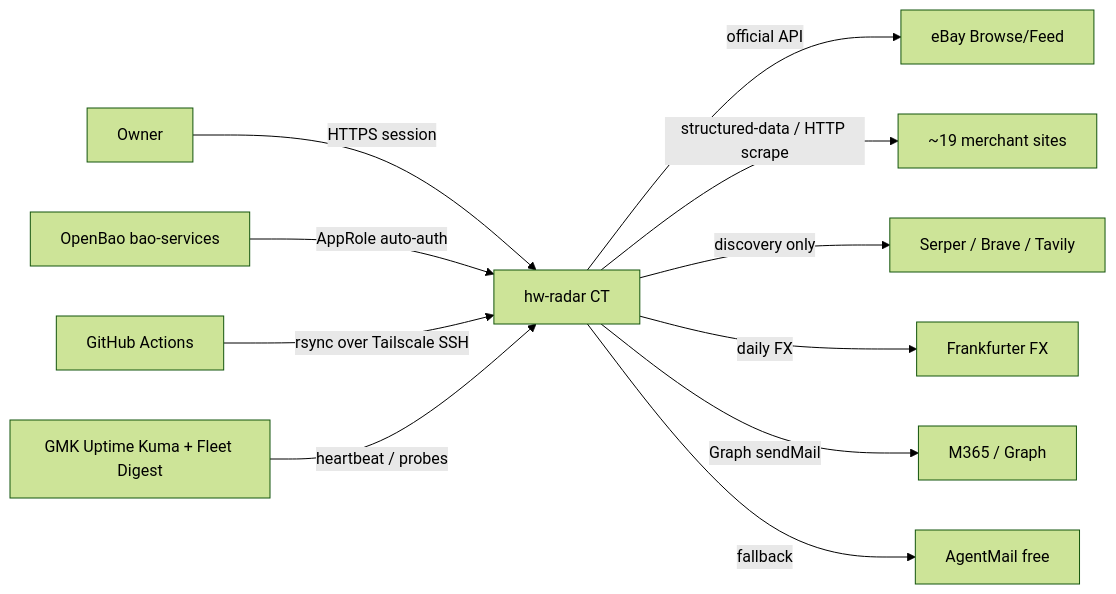
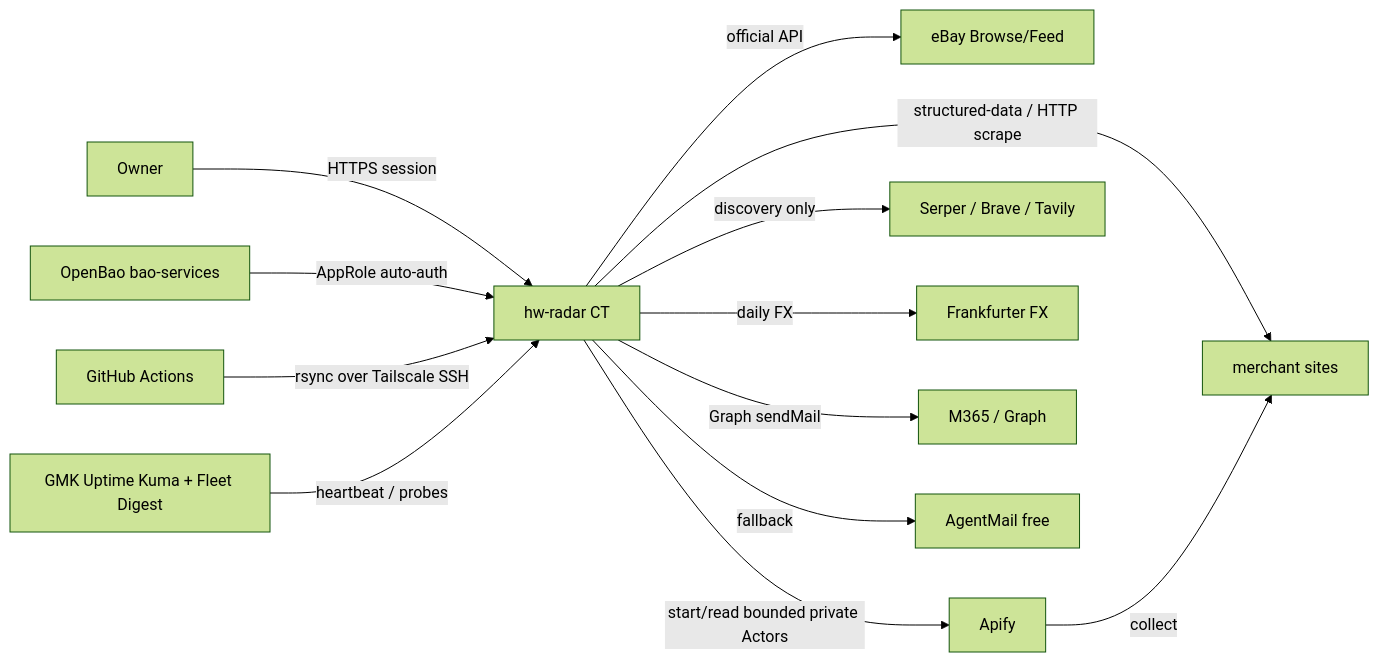
The first of 4 diagrams in docs/specs/hw-radar-master-spec.md (L3DigitalNet/hw-radar), drawn with Mermaid (forest theme) before and after one commit. The commit also changed other lines of this file, not shown here.

````diff
--- a/docs/specs/hw-radar-master-spec.md
+++ b/docs/specs/hw-radar-master-spec.md
@@ -307,13 +320,15 @@
 ```mermaid
 flowchart LR
     Owner[Owner] -->|HTTPS session| App[hw-radar CT]
     App -->|official API| Ebay[eBay Browse/Feed]
-    App -->|structured-data / HTTP scrape| Merchants[~19 merchant sites]
+    App -->|structured-data / HTTP scrape| Merchants[merchant sites]
+    App -->|start/read bounded private Actors| Apify[Apify]
+    Apify -->|collect| Merchants
     App -->|discovery only| Search[Serper / Brave / Tavily]
     App -->|daily FX| Frankfurter[Frankfurter FX]
     App -->|Graph sendMail| M365[M365 / Graph]
     App -->|fallback| AgentMail[AgentMail free]
     BaoServices[OpenBao bao-services] -->|AppRole auto-auth| App
     GH[GitHub Actions] -->|rsync over Tailscale SSH| App
     Kuma[GMK Uptime Kuma + Fleet Digest] -->|heartbeat / probes| App
 ```
````
